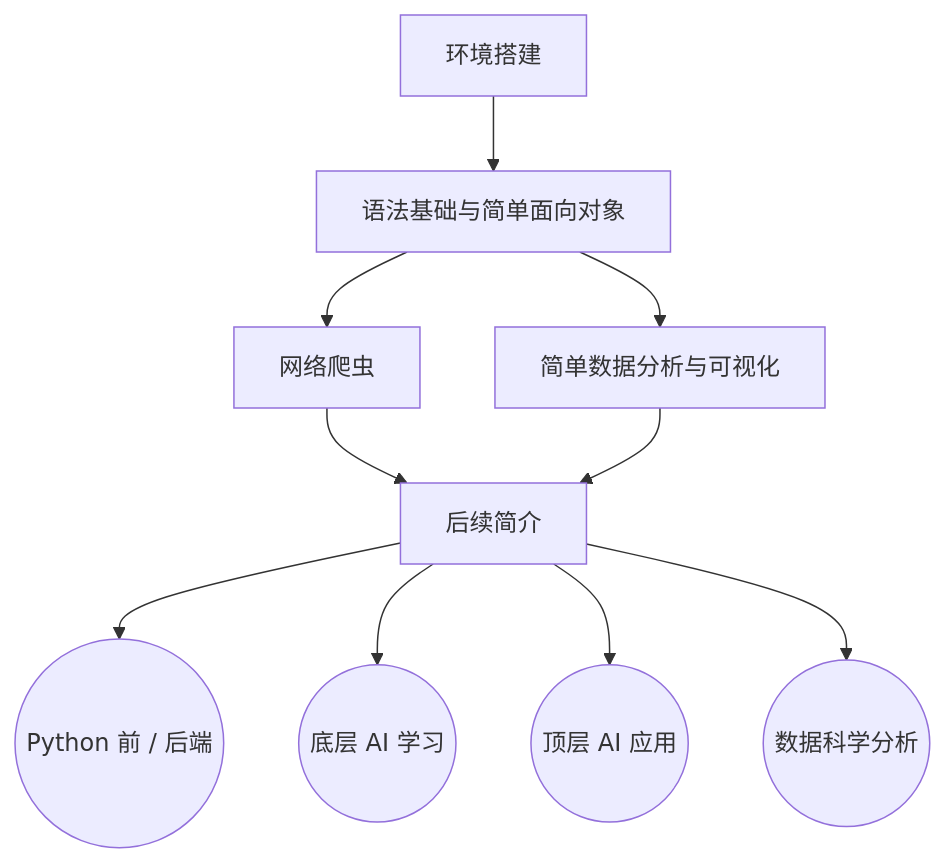
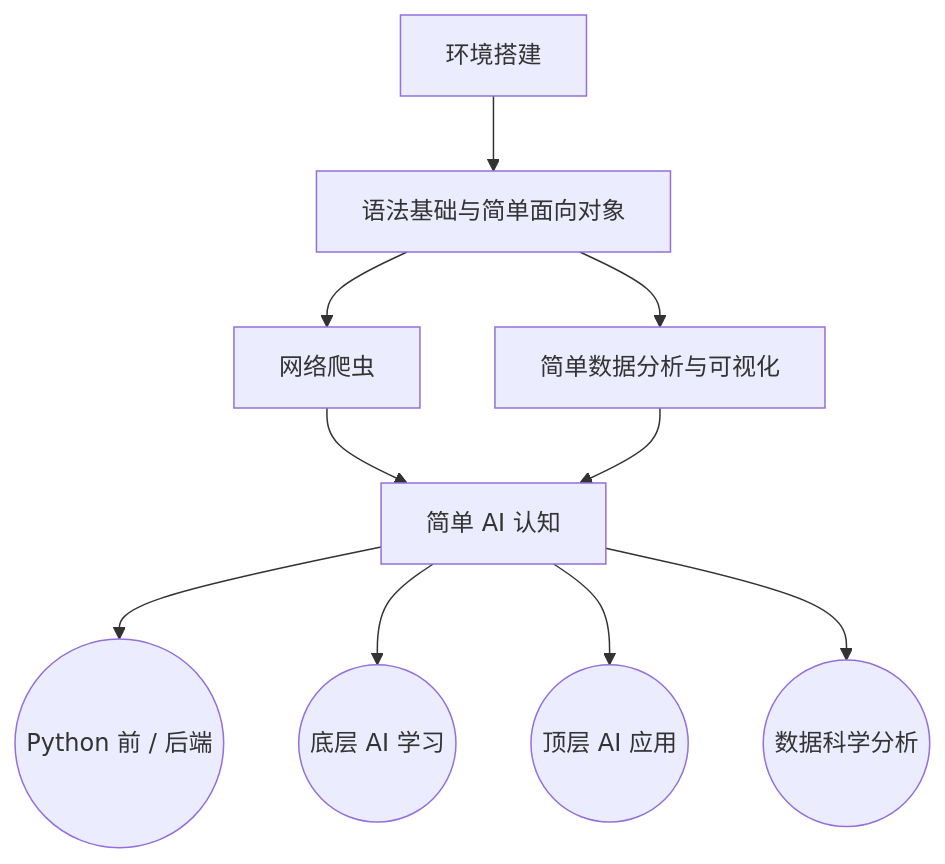
One commit to west2-online/learn-AI changed the diagram in README.md. Above: the diagram before and after it, drawn with Mermaid.

Commit message:
docs: update readme graph

````diff
--- a/README.md
+++ b/README.md
@@ -20,15 +20,15 @@
 ```mermaid
 graph TD
     %% AI 学习路线总览
     A[环境搭建] --> B[语法基础与简单面向对象]
     B --> C[网络爬虫]
     B --> E[简单数据分析与可视化]
-    C --> D[后续简介]
-    E --> D[后续简介]
+    C --> D[简单 AI 认知]
+    E --> D[简单 AI 认知]
 
     %% AI 相关技能树
     D --> J((Python 前 / 后端))
     D --> F((底层 AI 学习))
     D --> G((顶层 AI 应用))
     D --> H((数据科学分析))
 ```
````
